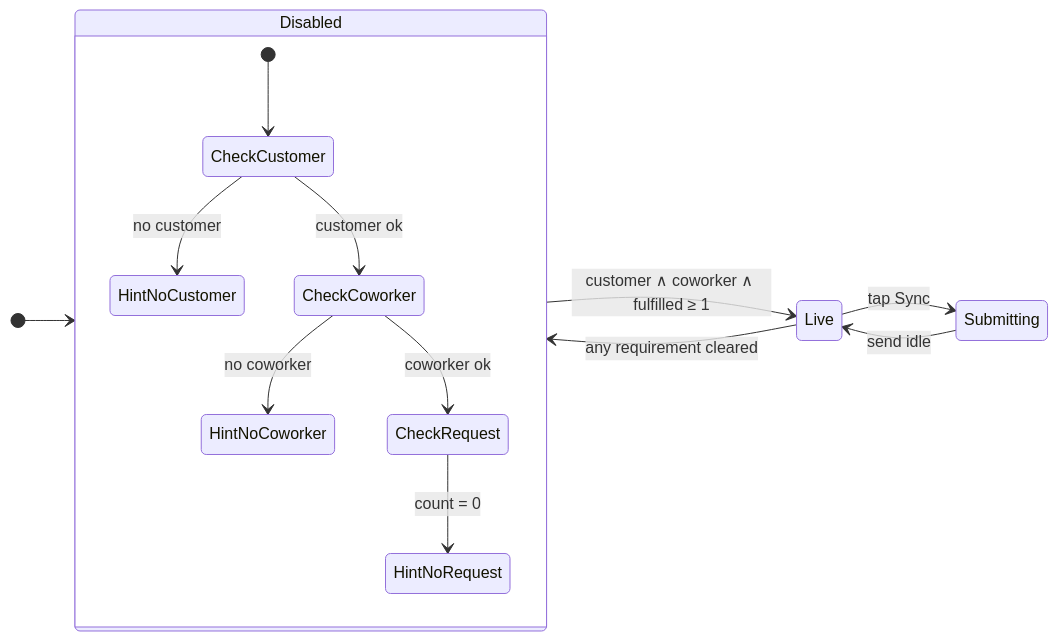
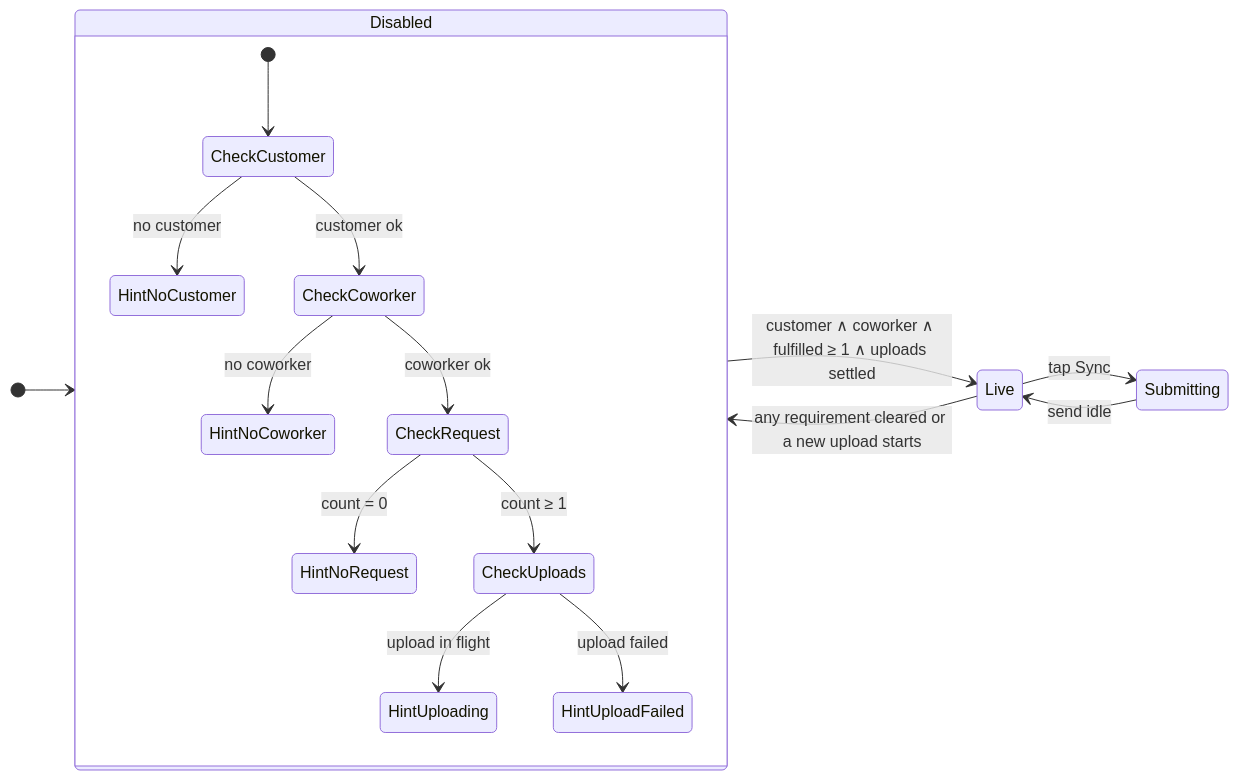
The diagram in docs/submit-dock-sync-gate.md (fpcMotif/outlook-feishu-bridge), drawn with Mermaid before and after one commit. The commit also changed other lines of this file and 110 other files, not shown here.

````diff
--- a/docs/submit-dock-sync-gate.md
+++ b/docs/submit-dock-sync-gate.md
@@ -31,17 +38,20 @@
 ```mermaid
 stateDiagram-v2
   direction LR
   [*] --> Disabled
   state Disabled {
     [*] --> CheckCustomer
     CheckCustomer --> HintNoCustomer: no customer
     CheckCustomer --> CheckCoworker: customer ok
     CheckCoworker --> HintNoCoworker: no coworker
     CheckCoworker --> CheckRequest: coworker ok
     CheckRequest --> HintNoRequest: count = 0
+    CheckRequest --> CheckUploads: count ≥ 1
+    CheckUploads --> HintUploading: upload in flight
+    CheckUploads --> HintUploadFailed: upload failed
   }
-  Disabled --> Live: customer ∧ coworker ∧ fulfilled ≥ 1
-  Live --> Disabled: any requirement cleared
+  Disabled --> Live: customer ∧ coworker ∧ fulfilled ≥ 1 ∧ uploads settled
+  Live --> Disabled: any requirement cleared or a new upload starts
   Live --> Submitting: tap Sync
   Submitting --> Live: send idle
 ```
````
